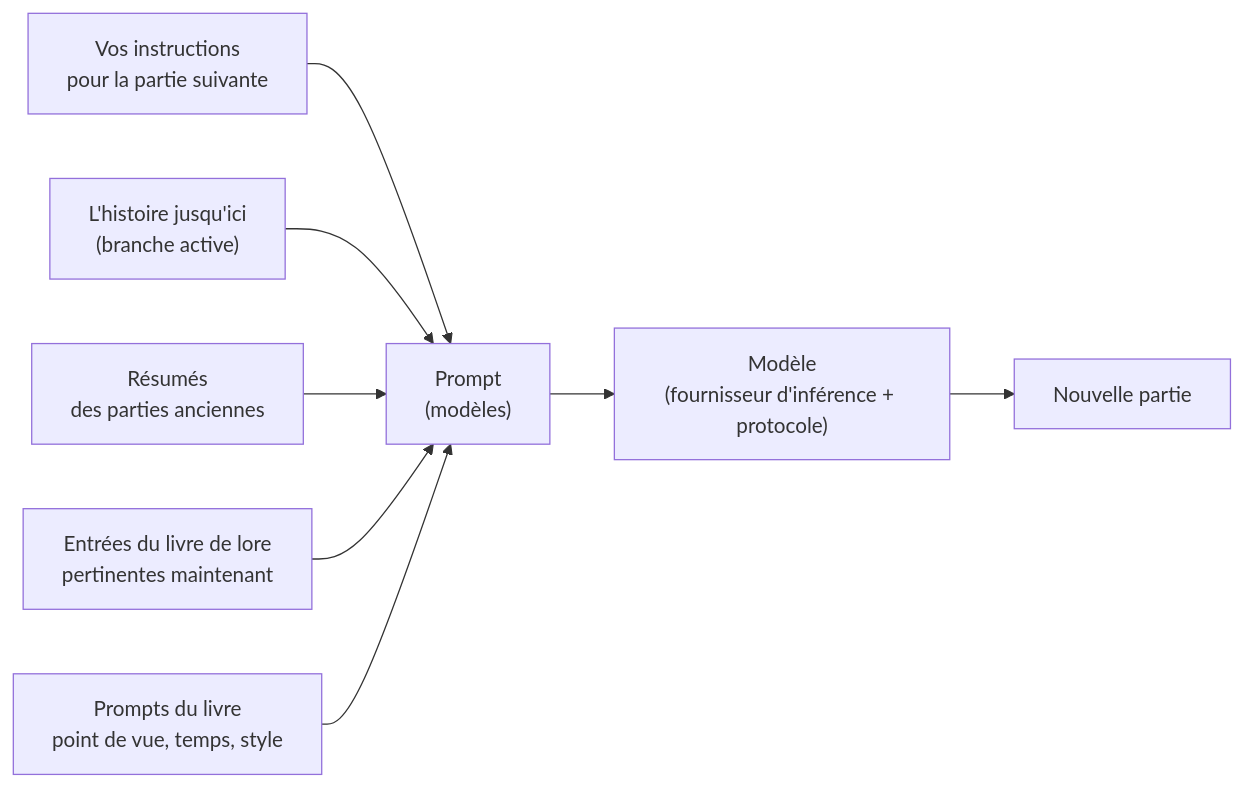
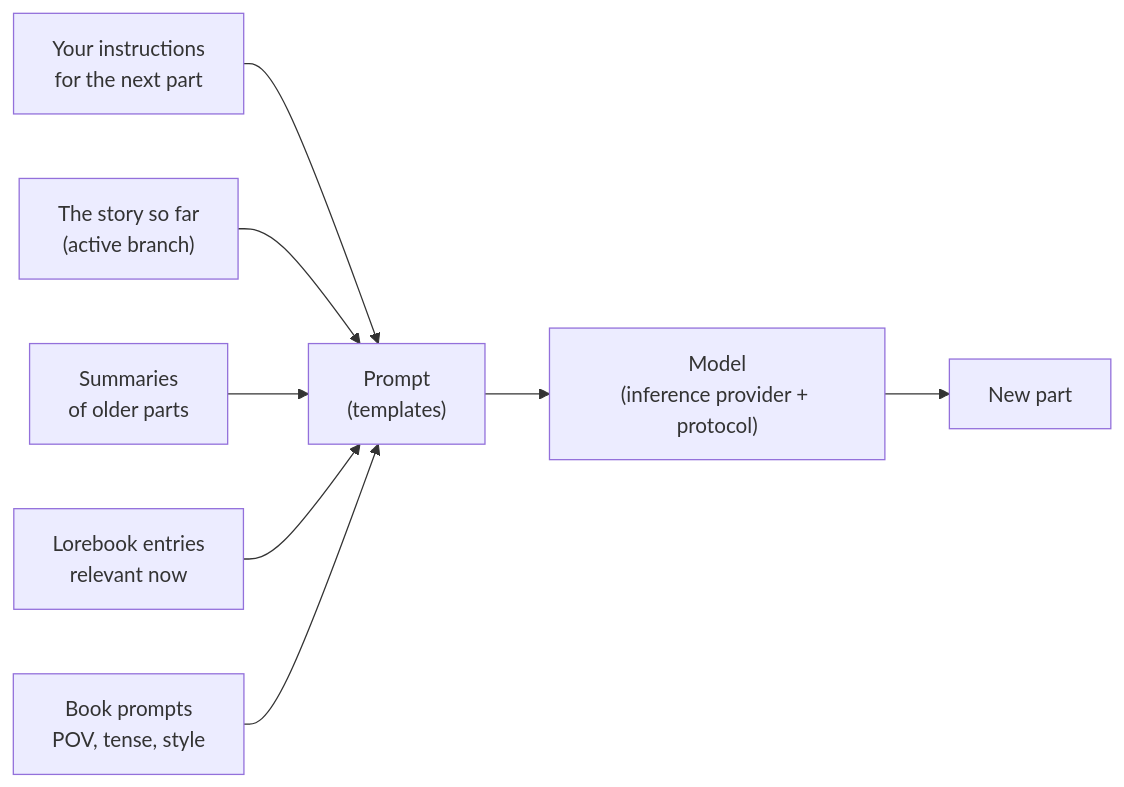
The diagram in translations/fr/user/index.md (Enerccio/Marginalia), drawn with Mermaid before and after one commit. The commit also changed other lines of this file and 197 other files, not shown here.

````diff
--- a/translations/fr/user/index.md
+++ b/translations/fr/user/index.md
@@ -21,10 +21,10 @@
 ```mermaid
 flowchart LR
-    instr["Vos instructions<br/>pour la partie suivante"] --> prompt
-    story["L'histoire jusqu'ici<br/>(branche active)"] --> prompt
-    sum["Résumés<br/>des parties anciennes"] --> prompt
-    lore["Entrées du livre de lore<br/>pertinentes maintenant"] --> prompt
-    \style["Prompts du livre<br/>point de vue, temps, style"] --> prompt
-    prompt["Prompt<br/>(modèles)"] --> model["Modèle<br/>(fournisseur d'inférence + protocole)"]
-    model --> part["Nouvelle partie"]
+    instr["Your instructions<br/>for the next part"] --> prompt
+    story["The story so far<br/>(active branch)"] --> prompt
+    sum["Summaries<br/>of older parts"] --> prompt
+    lore["Lorebook entries<br/>relevant now"] --> prompt
+    \style["Book prompts<br/>POV, tense, style"] --> prompt
+    prompt["Prompt<br/>(templates)"] --> model["Model<br/>(inference provider + protocol)"]
+    model --> part["New part"]
 ```
````
